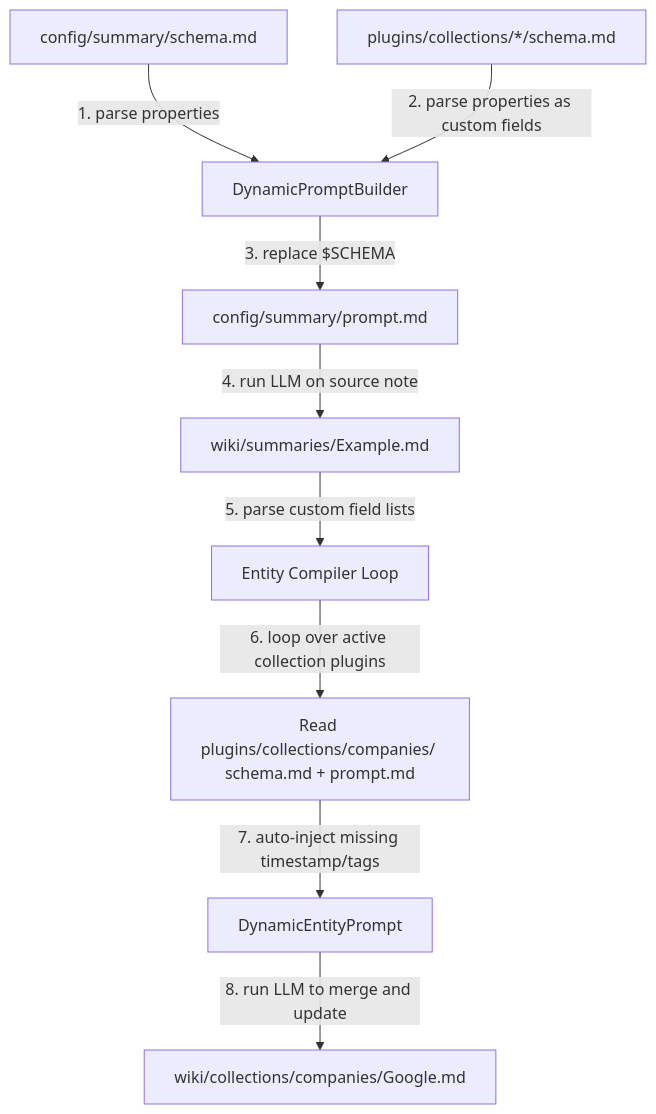
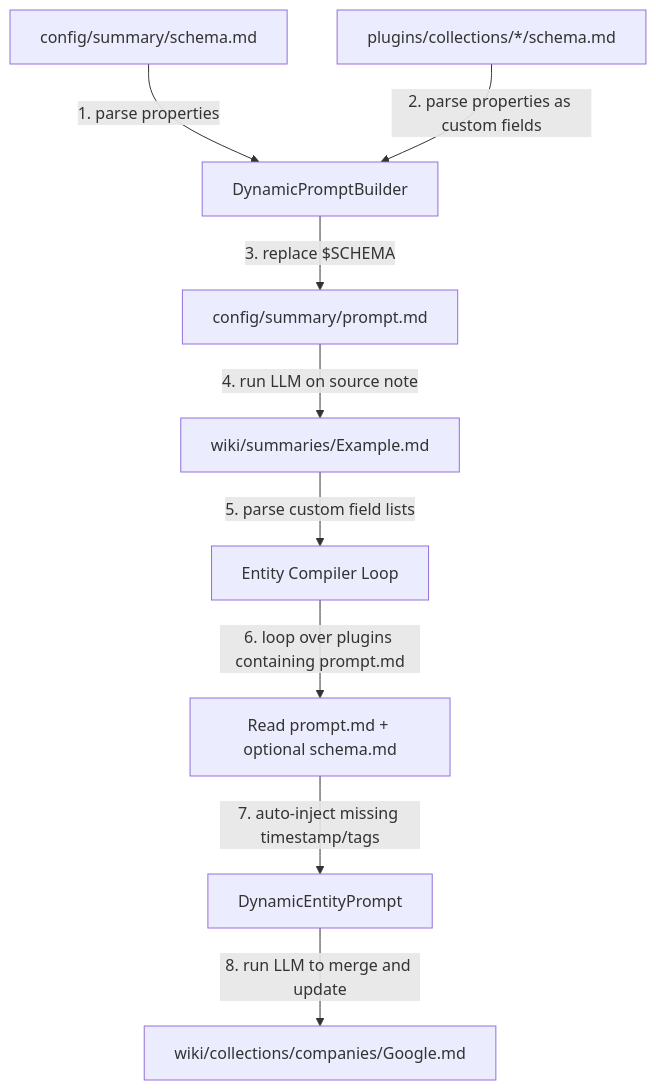
One commit to pkcpkc/mycelium-mind changed the second of 2 diagrams in README.md. Above: the diagram before and after it, drawn with Mermaid. The commit also changed other lines of this file and 10 other files, not shown here.

````diff
--- a/README.md
+++ b/README.md
@@ -222,13 +246,13 @@
 ```mermaid
 flowchart TD
     BaseSpec[config/summary/schema.md] -->|1. parse properties| DynamicPromptBuilder
     PluginsSpec[plugins/collections/*/schema.md] -->|2. parse properties as custom fields| DynamicPromptBuilder
 
     DynamicPromptBuilder -->|3. replace $SCHEMA| SummaryPromptTemplate[config/summary/prompt.md]
     SummaryPromptTemplate -->|4. run LLM on source note| SummaryDoc[wiki/summaries/Example.md]
 
     SummaryDoc -->|5. parse custom field lists| EntityCompiler[Entity Compiler Loop]
-    EntityCompiler -->|6. loop over active collection plugins| LoadEntityConfig[Read plugins/collections/companies/ schema.md + prompt.md]
+    EntityCompiler -->|6. loop over plugins containing prompt.md| LoadEntityConfig[Read prompt.md + optional schema.md]
     LoadEntityConfig -->|7. auto-inject missing timestamp/tags| DynamicEntityPrompt
     DynamicEntityPrompt -->|8. run LLM to merge and update| EntityCard[wiki/collections/companies/Google.md]
 ```
````
